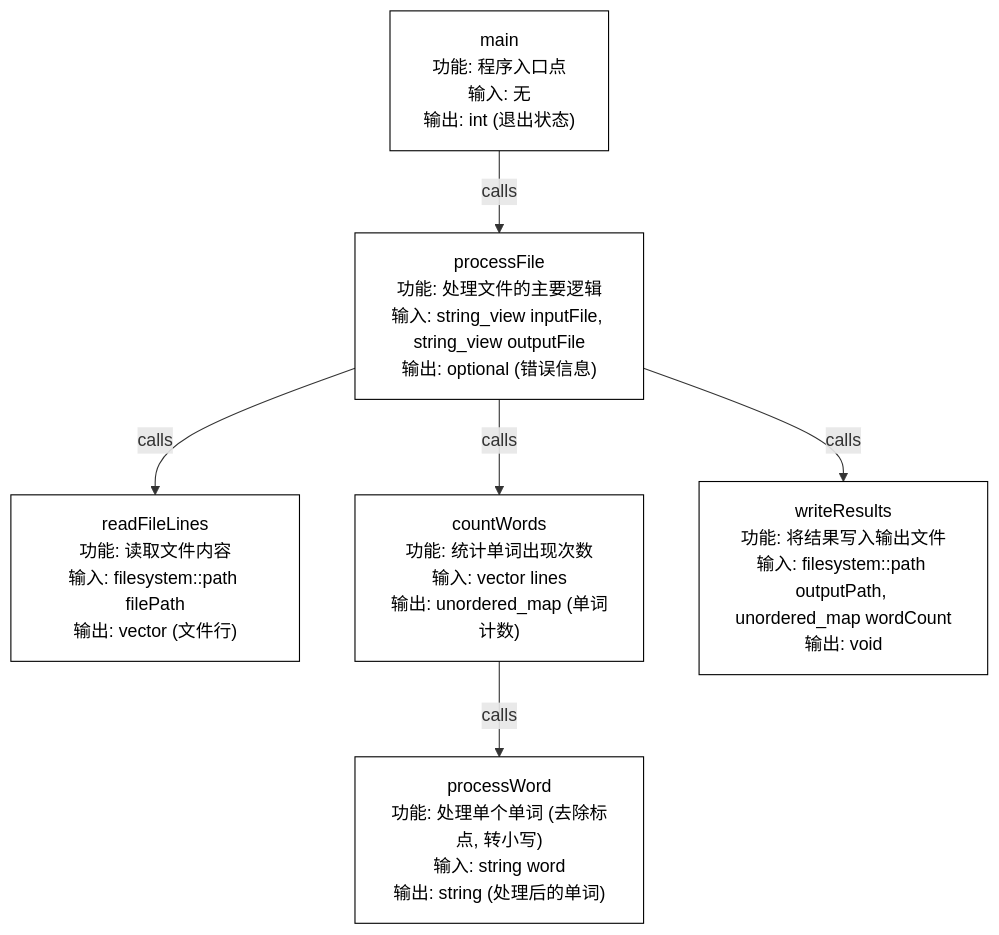
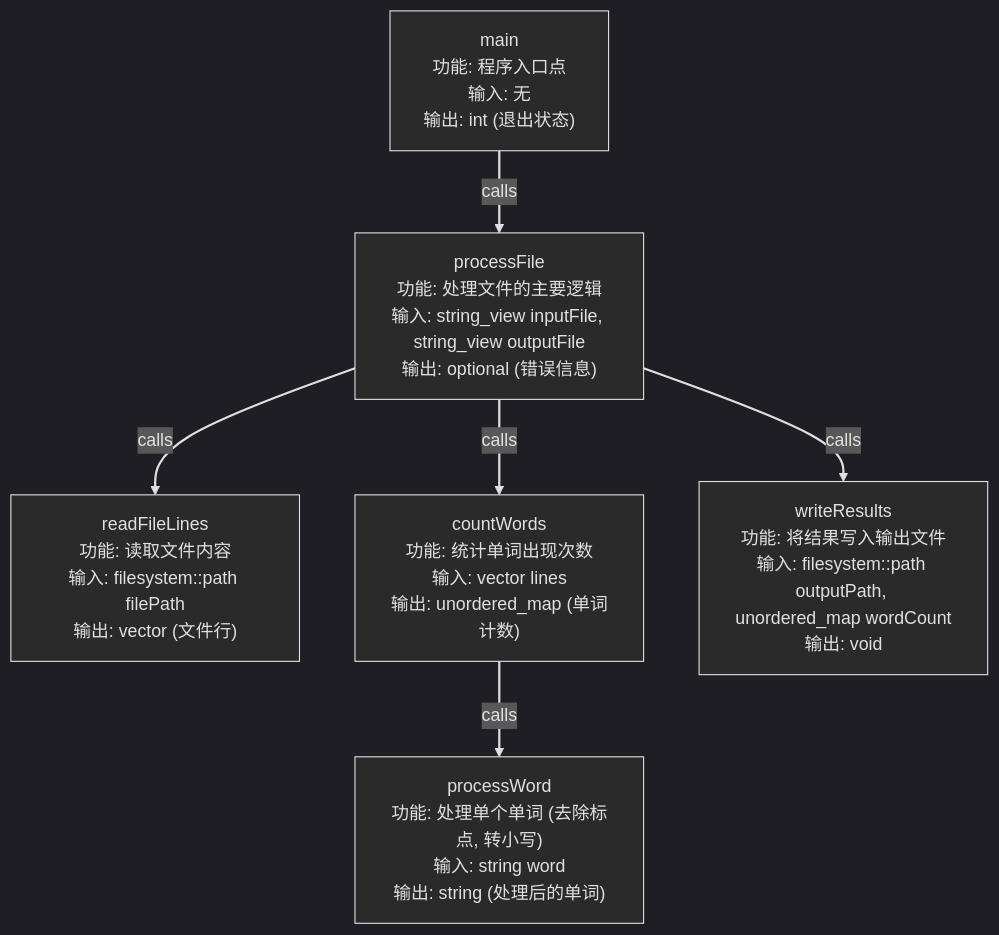
One commit to wubin28/wuzhenbens_playground changed the diagram in word_count_cpp/README.md. Above: the diagram before and after it, drawn with Mermaid.

Commit message:
docs:word_count_cpp: change the theme of the function call diagram to fit the dark slides

````diff
--- a/word_count_cpp/README.md
+++ b/word_count_cpp/README.md
@@ -7,40 +7,43 @@
 ```mermaid
+%%{init: {'theme': 'dark', 'themeVariables': { 'primaryColor': '#e0e0e0', 'textColor': '#e0e0e0', 'lineColor': '#e0e0e0'}}}%%
 graph TD
-    classDef default fill:#ffffff,stroke:#000000,color:#000000;
+    classDef default fill:#2a2a2a,stroke:#e0e0e0,color:#e0e0e0;
 
     A[main] -->|calls| B(processFile)
     B -->|calls| C(readFileLines)
     B -->|calls| D(countWords)
     B -->|calls| E(writeResults)
     D -->|calls| F(processWord)
 
     A["main
     功能: 程序入口点
 输入: 无
 输出: int (退出状态)"]
 
-B["processFile
+    B["processFile
 功能: 处理文件的主要逻辑
 输入: string_view inputFile, string_view outputFile
 输出: optional<string> (错误信息)"]
 
-C["readFileLines
+    C["readFileLines
 功能: 读取文件内容
 输入: filesystem::path filePath
 输出: vector<string> (文件行)"]
 
-D["countWords
+    D["countWords
 功能: 统计单词出现次数
 输入: vector<string> lines
 输出: unordered_map<string, size_t> (单词计数)"]
 
-E["writeResults
+    E["writeResults
 功能: 将结果写入输出文件
 输入: filesystem::path outputPath, unordered_map<string, size_t> wordCount
 输出: void"]
 
-F["processWord
+    F["processWord
 功能: 处理单个单词 (去除标点, 转小写)
 输入: string word
 输出: string (处理后的单词)"]
+
+    linkStyle default stroke:#e0e0e0,stroke-width:2px
 ```
````
